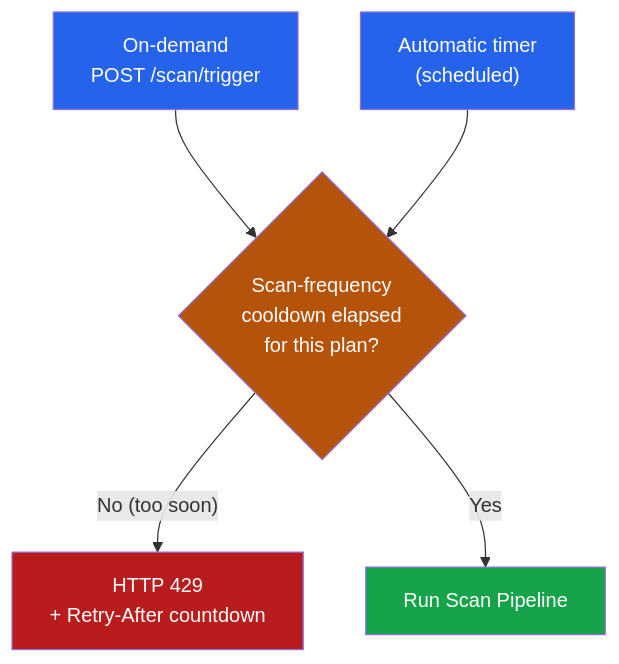
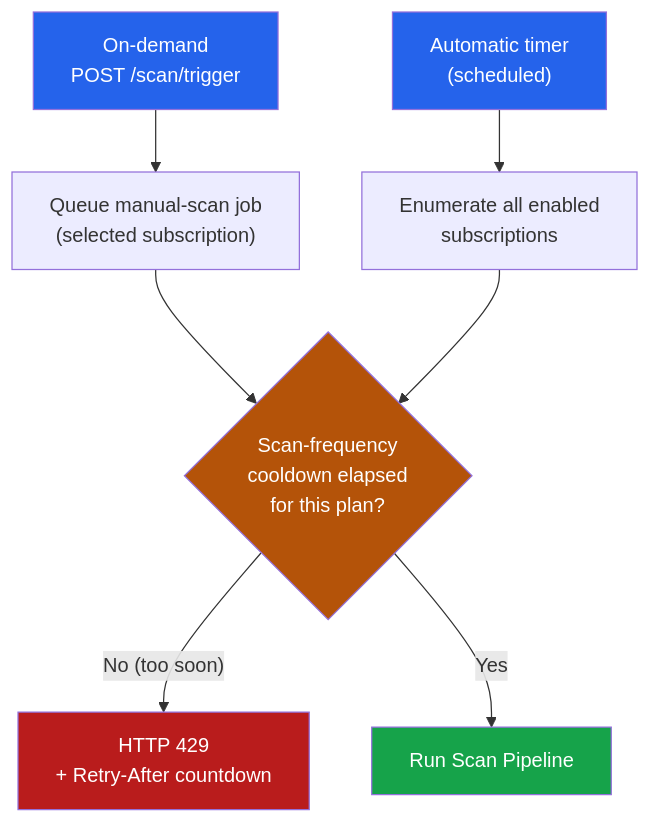
One commit to sandyshd/CloudGuardIQ changed the second of 7 diagrams in docs/scan-pipeline-flow.md. Above: the diagram before and after it, drawn with Mermaid. The commit also changed other lines of this file, not shown here.

Commit message:
docs(scan): align pipeline flow with manual lifecycle and snapshot persistence

````diff
--- a/docs/scan-pipeline-flow.md
+++ b/docs/scan-pipeline-flow.md
@@ -52,15 +54,17 @@
 ```mermaid
 flowchart TD
-    T1["On-demand<br/>POST /scan/trigger"] --> Gate
-    T2["Automatic timer<br/>(scheduled)"] --> Gate
+    T1["On-demand<br/>POST /scan/trigger"] --> MQ["Queue manual-scan job<br/>(selected subscription)"]
+    MQ --> Gate
+    T2["Automatic timer<br/>(scheduled)"] --> Fan["Enumerate all enabled<br/>subscriptions"]
+    Fan --> Gate
 
     Gate{"Scan-frequency<br/>cooldown elapsed<br/>for this plan?"}
     Gate -- "No (too soon)" --> Deny["HTTP 429<br/>+ Retry-After countdown"]
     Gate -- "Yes" --> Run["Run Scan Pipeline"]
 
     style T1 fill:#2563eb,color:#fff
     style T2 fill:#2563eb,color:#fff
     style Gate fill:#b45309,color:#fff
     style Deny fill:#b91c1c,color:#fff
     style Run fill:#16a34a,color:#fff
 ```
````
